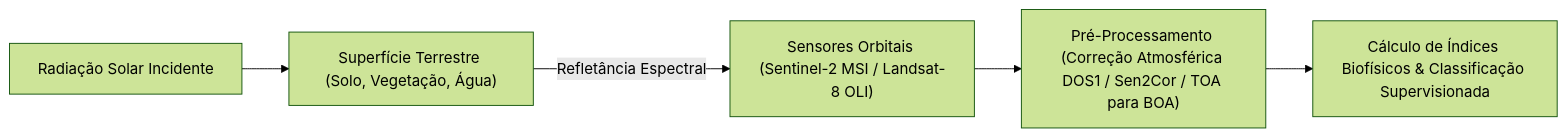
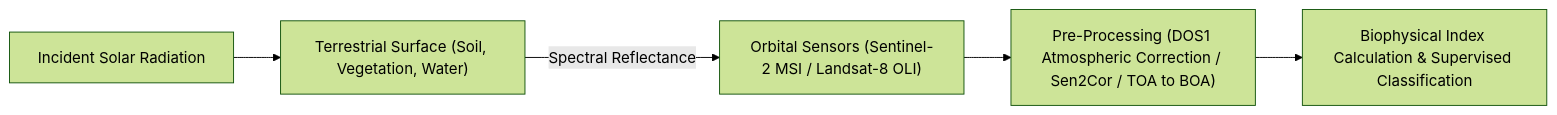
The diagram in knowledge/skills/domains/academic/academic-geosciences-remote-sensing-gis/SKILL.md (dandgabr/Coacus), drawn with Mermaid (forest theme) before and after one commit. The commit also changed other lines of this file and 143 other files, not shown here.

````diff
--- a/knowledge/skills/domains/academic/academic-geosciences-remote-sensing-gis/SKILL.md
+++ b/knowledge/skills/domains/academic/academic-geosciences-remote-sensing-gis/SKILL.md
@@ -14,7 +14,7 @@
 ```mermaid
 flowchart LR
-    A["Radiação Solar Incidente"] --> B["Superfície Terrestre (Solo, Vegetação, Água)"]
-    B -->|Refletância Espectral| C["Sensores Orbitais (Sentinel-2 MSI / Landsat-8 OLI)"]
-    C --> D["Pré-Processamento (Correção Atmosférica DOS1 / Sen2Cor / TOA para BOA)"]
-    D --> E["Cálculo de Índices Biofísicos & Classificação Supervisionada"]
+    A["Incident Solar Radiation"] --> B["Terrestrial Surface (Soil, Vegetation, Water)"]
+    B -->|Spectral Reflectance| C["Orbital Sensors (Sentinel-2 MSI / Landsat-8 OLI)"]
+    C --> D["Pre-Processing (DOS1 Atmospheric Correction / Sen2Cor / TOA to BOA)"]
+    D --> E["Biophysical Index Calculation & Supervised Classification"]
 ```
````
